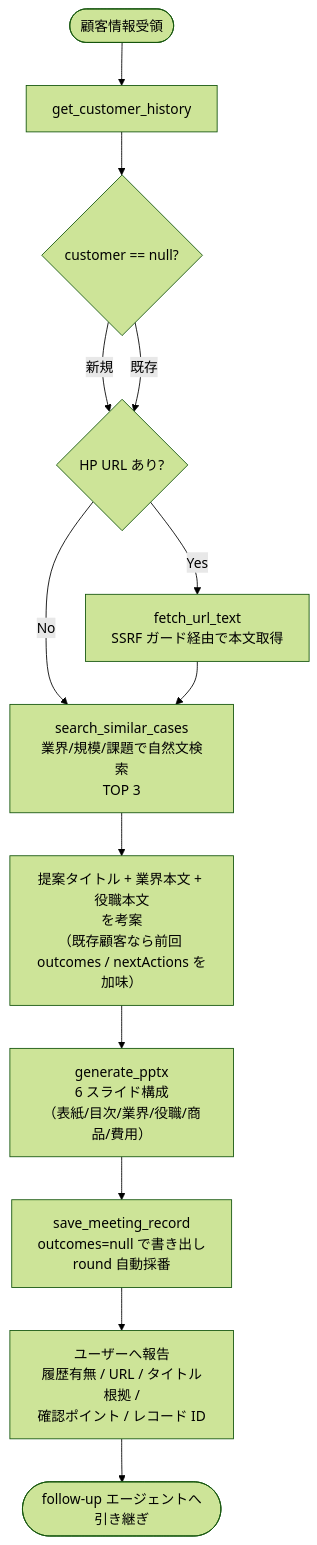
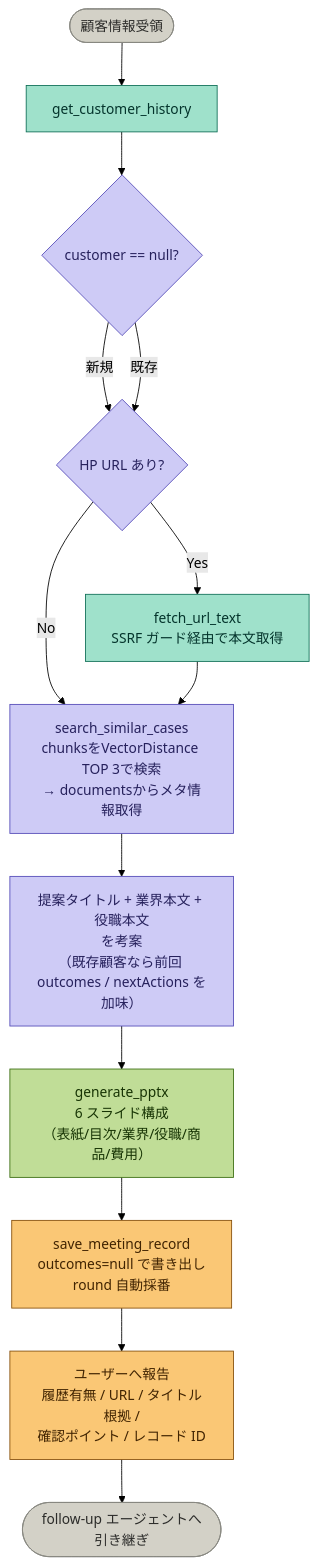
One commit to mintyobi/agentic_ai_for_hackathon changed the third of 3 diagrams in agent-first-meeting/README.md. Above: the diagram before and after it, drawn with Mermaid (forest theme). The commit also changed other lines of this file and 8 other files, not shown here.

````diff
--- a/agent-first-meeting/README.md
+++ b/agent-first-meeting/README.md
@@ -122,16 +155,30 @@
 ```mermaid
 flowchart TD
     Start([顧客情報受領]) --> H[get_customer_history]
     H --> Q{customer == null?}
     Q -- "新規" --> WF{HP URL あり?}
     Q -- "既存" --> WF
     WF -- "Yes" --> W[fetch_url_text<br/>SSRF ガード経由で本文取得]
     WF -- "No" --> S
     W --> S
-    S[search_similar_cases<br/>業界/規模/課題で自然文検索<br/>TOP 3]
+    S[search_similar_cases<br/>chunksをVectorDistance TOP 3で検索<br/>→ documentsからメタ情報取得]
     S --> T[提案タイトル + 業界本文 + 役職本文<br/>を考案<br/>（既存顧客なら前回 outcomes / nextActions を加味）]
     T --> G[generate_pptx<br/>6 スライド構成<br/>（表紙/目次/業界/役職/商品/費用）]
     G --> R[save_meeting_record<br/>outcomes=null で書き出し<br/>round 自動採番]
     R --> Report["ユーザーへ報告<br/>履歴有無 / URL / タイトル根拠 /<br/>確認ポイント / レコード ID"]
     Report --> End([follow-up エージェントへ引き継ぎ])
+
+classDef gray fill:#D3D1C7,stroke:#888780,color:#2C2C2A
+classDef purple fill:#CECBF6,stroke:#534AB7,color:#26215C
+classDef amber fill:#FAC775,stroke:#854F0B,color:#412402
+classDef green fill:#C0DD97,stroke:#3B6D11,color:#173404
+classDef teal fill:#9FE1CB,stroke:#0F6E56,color:#04342C
+classDef blue fill:#B5D4F4,stroke:#185FA5,color:#042C53
+
+class Start,End gray
+class H,W teal
+class Q,WF purple
+class S,T purple
+class G green
+class R,Report amber
 ```
````
